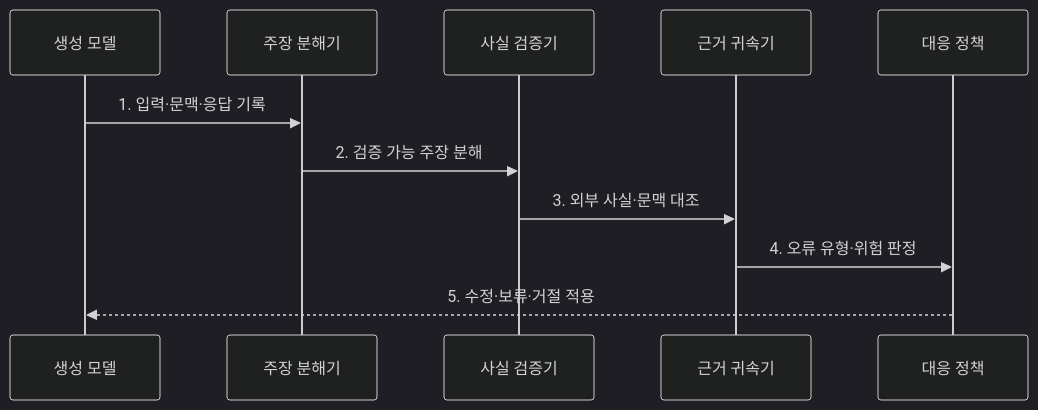
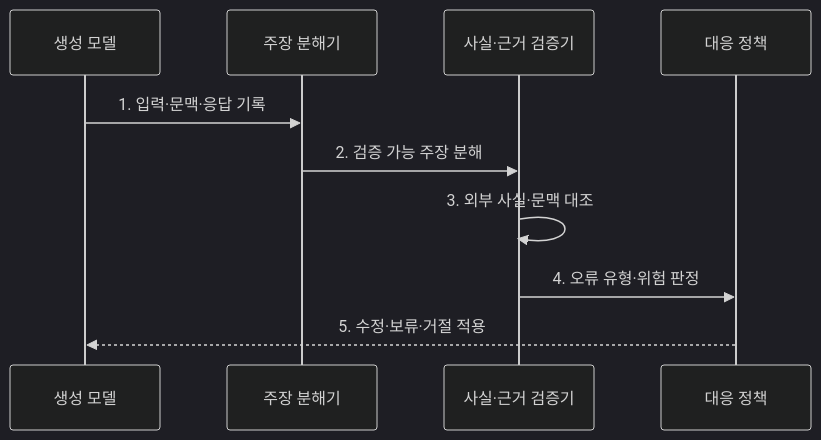
The second of 2 diagrams in src/content/docs/notes/08-latest-tech/083_ai_hallucination.md (agnusdei1207/knowledge-base), drawn with Mermaid (dark theme) before and after one commit. The commit also changed 8 other files, not shown here.

Commit message:
Focus AI evaluation and reasoning flows

````diff
--- a/src/content/docs/notes/08-latest-tech/083_ai_hallucination.md
+++ b/src/content/docs/notes/08-latest-tech/083_ai_hallucination.md
@@ -98,13 +98,12 @@
 ```mermaid
 sequenceDiagram
     participant M as 생성 모델
     participant C as 주장 분해기
-    participant F as 사실 검증기
-    participant A as 근거 귀속기
+    participant F as 사실·근거 검증기
     participant P as 대응 정책
     M->>C: 1. 입력·문맥·응답 기록
     C->>F: 2. 검증 가능 주장 분해
-    F->>A: 3. 외부 사실·문맥 대조
-    A->>P: 4. 오류 유형·위험 판정
+    F->>F: 3. 외부 사실·문맥 대조
+    F->>P: 4. 오류 유형·위험 판정
     P-->>M: 5. 수정·보류·거절 적용
 ```
````
